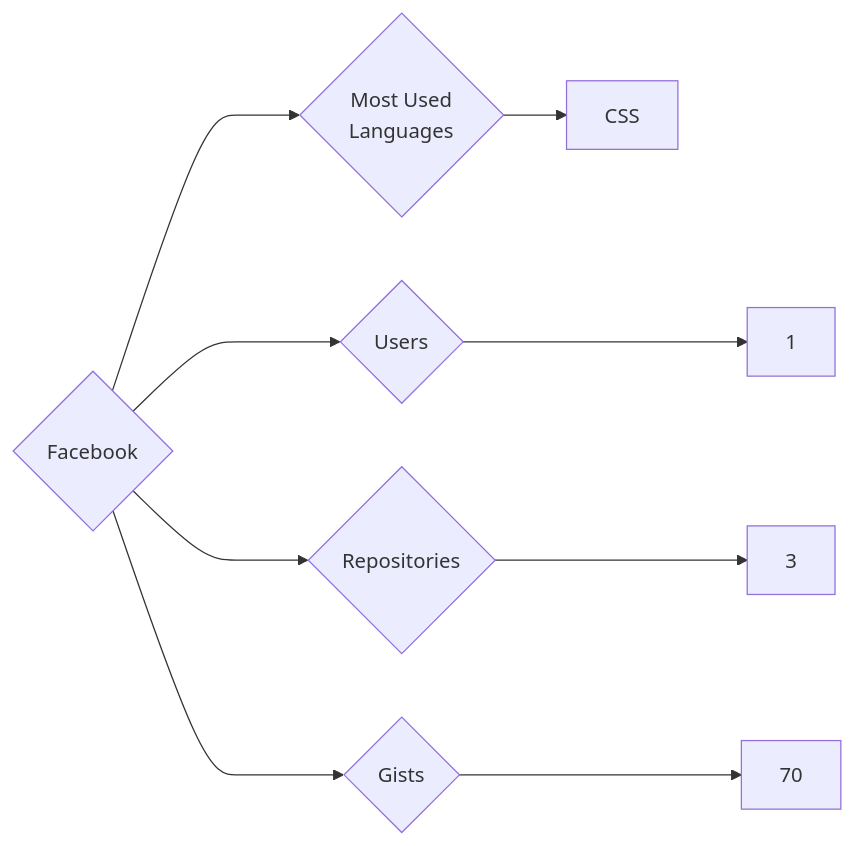
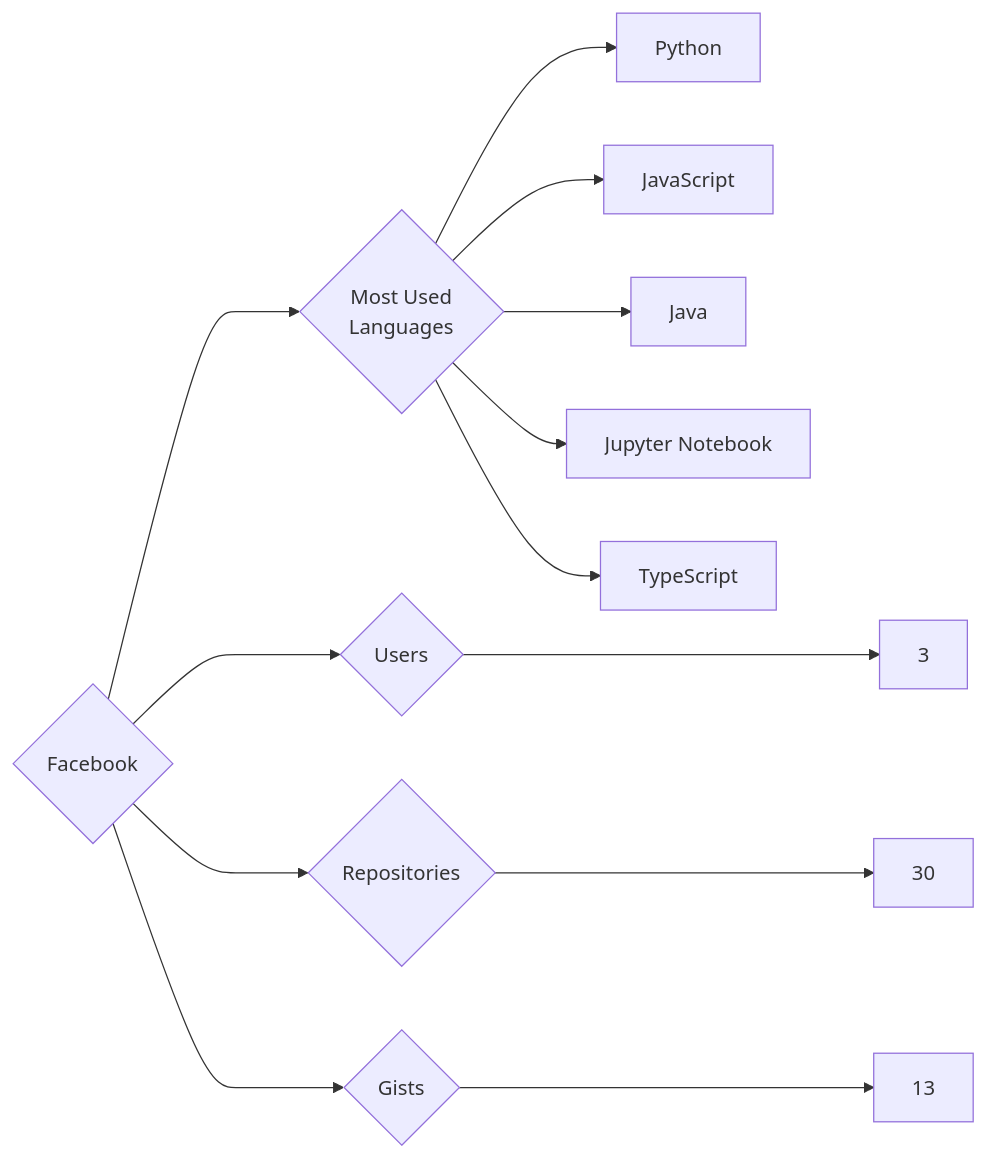
The diagram in targets/Facebook/README.md (trickest/insiders), drawn with Mermaid before and after one commit. The commit also changed 559 other files, not shown here.

````diff
--- a/targets/Facebook/README.md
+++ b/targets/Facebook/README.md
@@ -3,9 +3,13 @@
 ```mermaid
 graph LR
 COMPANY_NAME{Facebook}
-COMPANY_NAME ---> U{Users} ---> UN[1]
-COMPANY_NAME ---> R{Repositories} ---> RN[3]
-COMPANY_NAME ---> G{Gists} ---> GN[70]
+COMPANY_NAME ---> U{Users} ---> UN[3]
+COMPANY_NAME ---> R{Repositories} ---> RN[30]
+COMPANY_NAME ---> G{Gists} ---> GN[13]
 COMPANY_NAME ---> ML{Most Used<br>Languages}
-ML --> CSS[CSS]
+ML --> Python[Python]
+ML --> JavaScript[JavaScript]
+ML --> Java[Java]
+ML --> Jupyter_Notebook[Jupyter Notebook]
+ML --> TypeScript[TypeScript]
 ```
````
